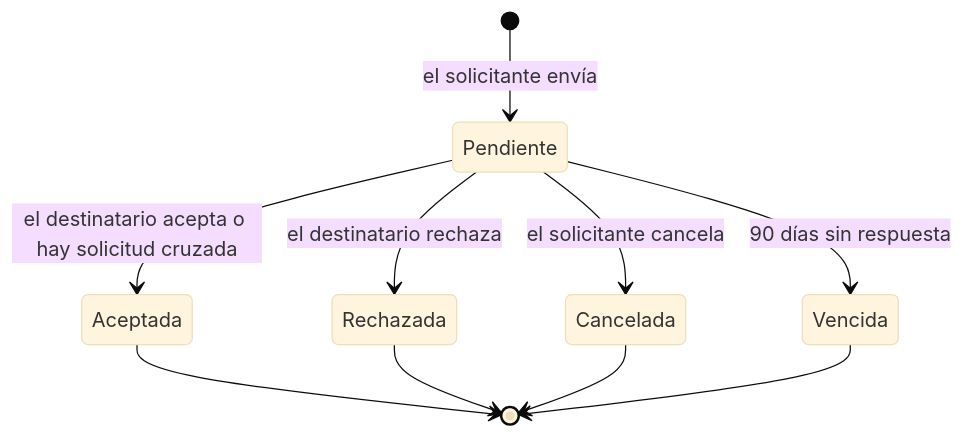
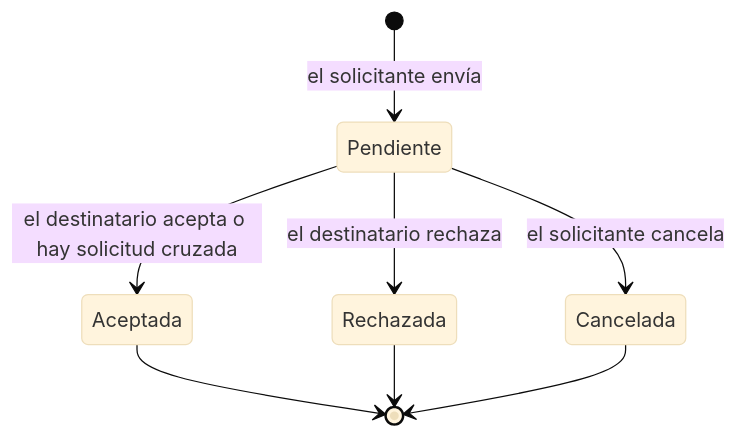
The diagram in docs/modulos/red/README.md (AFGamero/UniLink), drawn with Mermaid (base theme) before and after one commit. The commit also changed other lines of this file and 27 other files, not shown here.

````diff
--- a/docs/modulos/red/README.md
+++ b/docs/modulos/red/README.md
@@ -45,13 +45,11 @@
 ```mermaid
 stateDiagram-v2
     state "Pendiente" as P
     [*] --> P: el solicitante envía
     P --> Aceptada: el destinatario acepta o hay solicitud cruzada
     P --> Rechazada: el destinatario rechaza
     P --> Cancelada: el solicitante cancela
-    P --> Vencida: 90 días sin respuesta
     Aceptada --> [*]
     Rechazada --> [*]
     Cancelada --> [*]
-    Vencida --> [*]
 ```
````
